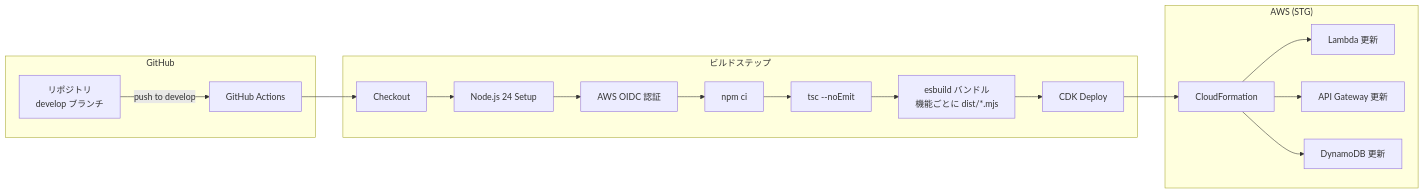
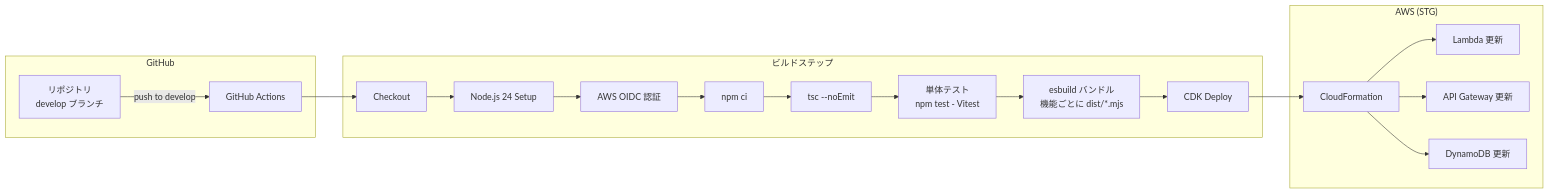
The third of 9 diagrams in README.md (yatohana1231-ux/vtuber-simulator-api), drawn with Mermaid before and after one commit. The commit also changed other lines of this file and 30 other files, not shown here.

Commit message:
test: add Vitest unit test suite and run it in CI before deploy

````diff
--- a/README.md
+++ b/README.md
@@ -196,19 +201,19 @@
 ```mermaid
 graph LR
     subgraph GitHub
         REPO[リポジトリ<br/>develop ブランチ]
         GHA[GitHub Actions]
     end
     subgraph BuildSteps["ビルドステップ"]
-        CHECKOUT[Checkout] --> SETUP[Node.js 24 Setup] --> OIDC[AWS OIDC 認証] --> INSTALL[npm ci] --> TYPECHECK[tsc --noEmit] --> BUILD[esbuild バンドル<br/>機能ごとに dist/*.mjs] --> CDK[CDK Deploy]
+        CHECKOUT[Checkout] --> SETUP[Node.js 24 Setup] --> OIDC[AWS OIDC 認証] --> INSTALL[npm ci] --> TYPECHECK[tsc --noEmit] --> TEST[単体テスト<br/>npm test - Vitest] --> BUILD[esbuild バンドル<br/>機能ごとに dist/*.mjs] --> CDK[CDK Deploy]
     end
     subgraph AWS_Deploy["AWS (STG)"]
         CFN[CloudFormation] --> LAMBDA_D[Lambda 更新]
         CFN --> APIGW_D[API Gateway 更新]
         CFN --> DYNAMO_D[DynamoDB 更新]
     end
 
     REPO -->|push to develop| GHA
     GHA --> CHECKOUT
     CDK --> CFN
 ```
````
